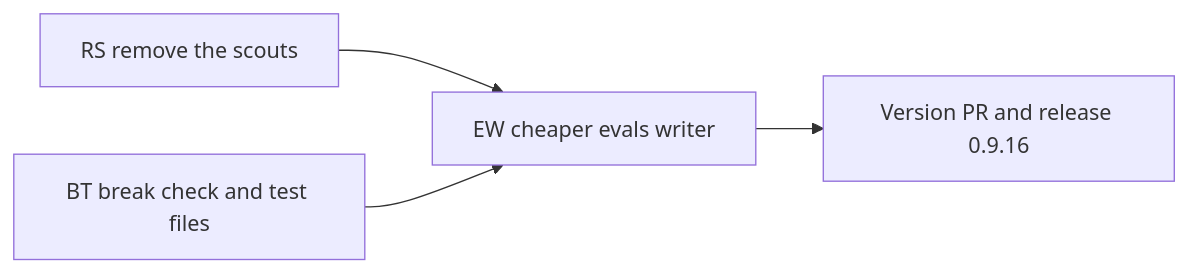
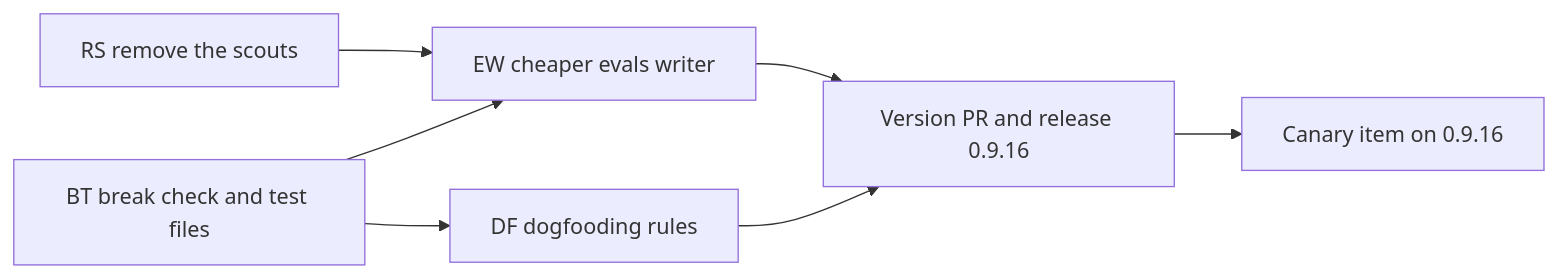
Before and after one commit to alfhen/agent-pr-pipeline: the diagram in docs/plan-0.9.16.md, drawn with Mermaid. The commit also changed other lines of this file, not shown here.

First line of the commit message:
Plan 0.9.16: the real-input rule and dogfooding (#866)

````diff
--- a/docs/plan-0.9.16.md
+++ b/docs/plan-0.9.16.md
@@ -57,6 +57,9 @@
 ```mermaid
 flowchart LR
   RS[RS remove the scouts] --> EW[EW cheaper evals writer]
   BT[BT break check and test files] --> EW
+  BT --> DF[DF dogfooding rules]
   EW --> V[Version PR and release 0.9.16]
+  DF --> V
+  V --> C[Canary item on 0.9.16]
 ```
````
